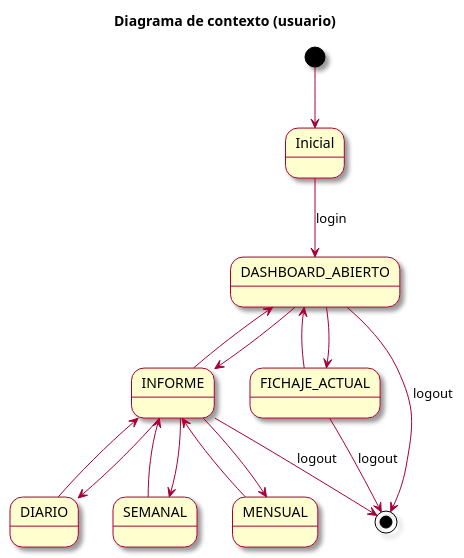
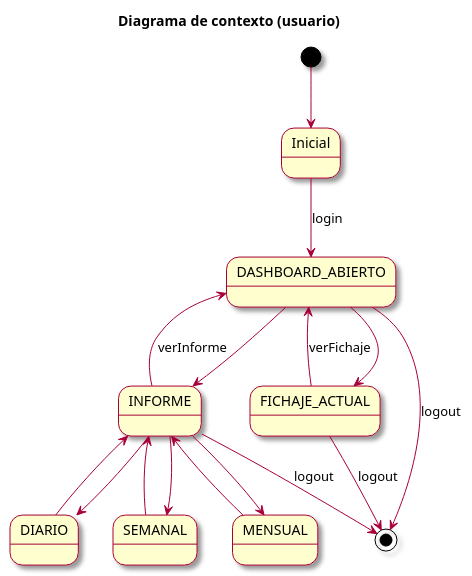
One commit to mmasias/23-24-IdSw1-SDR changed the diagram in modelosUML/casosDeUso/diagramaContexto(usuario).puml. Above: the diagram before and after it, drawn with PlantUML. The commit also changed 1 other file, not shown here.

Commit message:
añadiendo casos de uso a diagrama de contexto

```diff
--- a/modelosUML/casosDeUso/diagramaContexto(usuario).puml
+++ b/modelosUML/casosDeUso/diagramaContexto(usuario).puml
@@ -3,28 +3,28 @@
 @startuml Diagrama Contexto
 
 skin rose
 title Diagrama de contexto (usuario)
 
 [*] -->  Inicial
 
 Inicial -down-> DASHBOARD_ABIERTO: login
 
 DASHBOARD_ABIERTO --> FICHAJE_ACTUAL
 DASHBOARD_ABIERTO --> INFORME
 
-DASHBOARD_ABIERTO <-- FICHAJE_ACTUAL
-DASHBOARD_ABIERTO <-- INFORME
+DASHBOARD_ABIERTO <-- FICHAJE_ACTUAL : verFichaje
+DASHBOARD_ABIERTO <-- INFORME : verInforme
 
 INFORME --> DIARIO
 INFORME --> SEMANAL
 INFORME --> MENSUAL
 
 INFORME <-- DIARIO
 INFORME <-- SEMANAL
 INFORME <-- MENSUAL
 
 DASHBOARD_ABIERTO --> [*] : logout
 FICHAJE_ACTUAL --> [*] : logout
 INFORME --> [*] : logout
 
 @enduml
```
